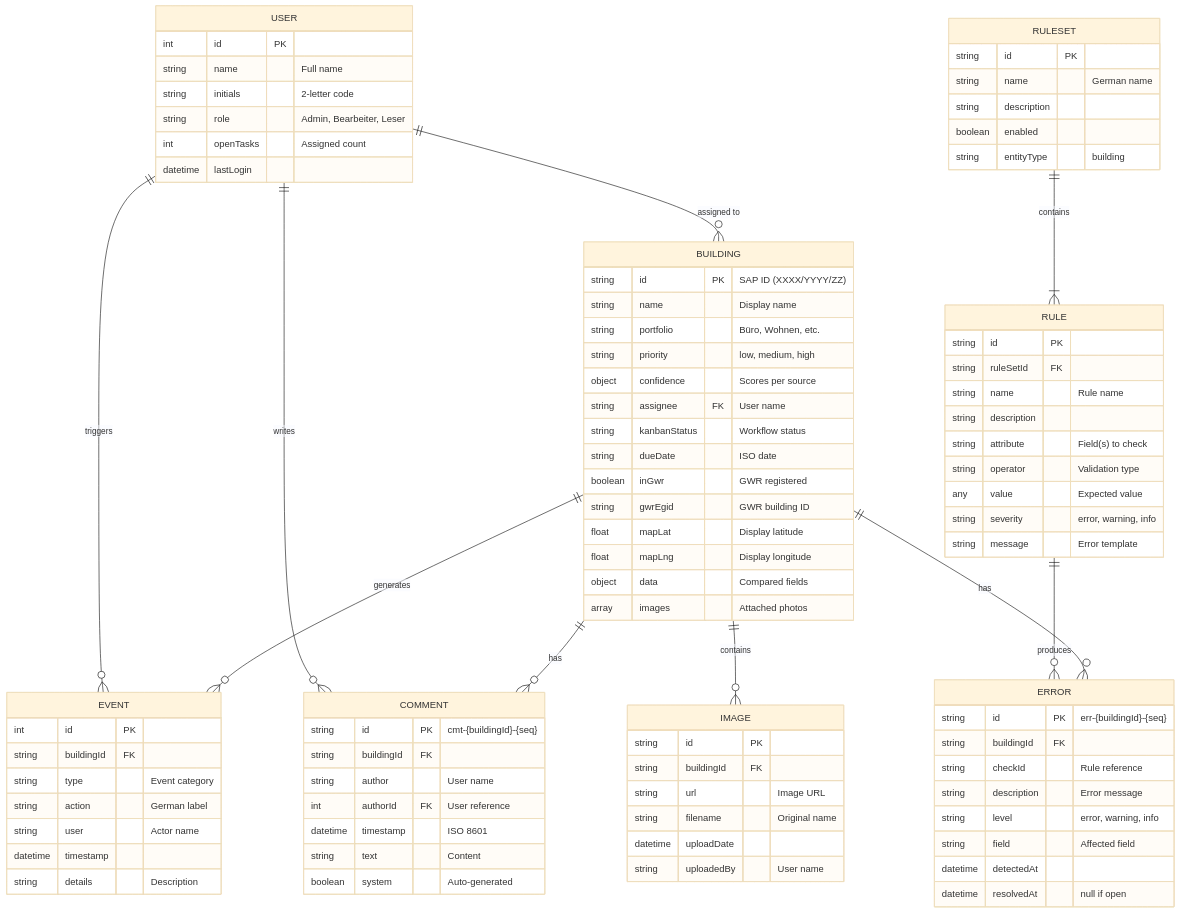
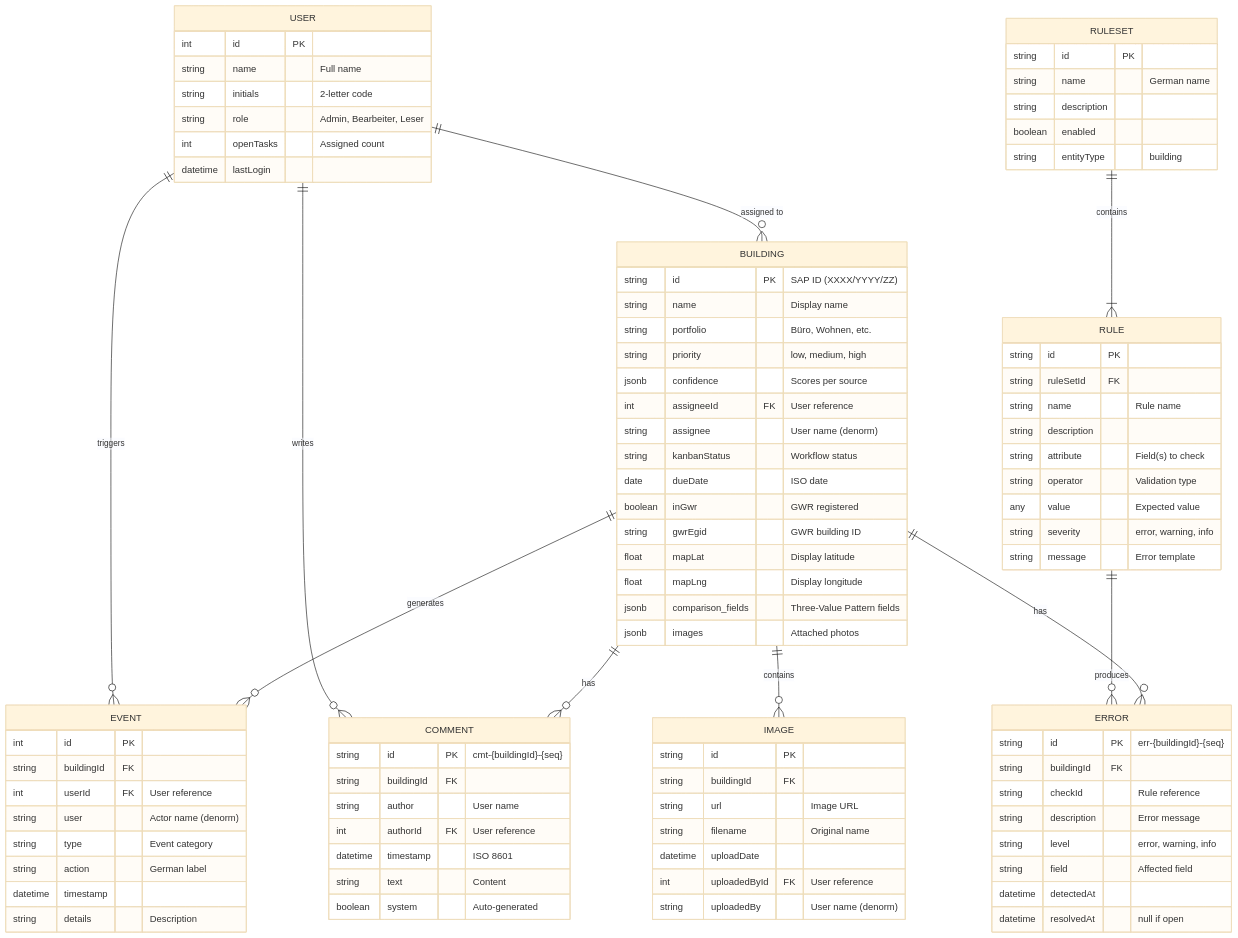
Before and after one commit to bbl-dres/geo-check: the second of 3 diagrams in docs/DATABASE.md, drawn with Mermaid (base theme). The commit also changed other lines of this file and 1 other file, not shown here.

Commit message:
Add DATABASE.sql for Supabase migration and QA fixes to DATABASE.md
DATABASE.md QA fixes (v2.3):
- Fix ER diagram: use JSONB types, add *Id FK fields, rename 'data' to 'comparison_fields'
- Fix Section 9.1: match logic now correctly references 'korrektur' not 'value'
- Add missing GWR fields to Complete Structure: gstat, gbauj, gastw, ganzwhg, garea
- Add userId to EVENT, uploadedById to IMAGE in ER diagram

DATABASE.sql for Supabase migration:
- PostgreSQL schema with JSONB for flexible Three-Value Pattern fields
- Custom ENUM types for status, priority, portfolio, roles
- Proper foreign keys with dual-field pattern (id + denormalized name)
- Row Level Security (RLS) policies for Supabase Auth
- Triggers: auto-update timestamps, sync user names, derive map coordinates
- Views: v_building_summary, v_user_workload
- Helper functions: generate_comment_id(), generate_error_id()
- Reference tables: ref_cantons, ref_gstat, ref_gbaup
- CHECK constraints for EGID format and Swiss coordinate bounds
- GIN index for JSONB comparison_data queries
- Migration notes for JSON-to-PostgreSQL data transformation

https://claude.ai/code/session_01RG6wWcLDNibC5FnyRW5MLr

```diff
--- a/docs/DATABASE.md
+++ b/docs/DATABASE.md
@@ -83,16 +83,17 @@
         string name "Display name"
         string portfolio "Büro, Wohnen, etc."
         string priority "low, medium, high"
-        object confidence "Scores per source"
-        string assignee FK "User name"
+        jsonb confidence "Scores per source"
+        int assigneeId FK "User reference"
+        string assignee "User name (denorm)"
         string kanbanStatus "Workflow status"
-        string dueDate "ISO date"
+        date dueDate "ISO date"
         boolean inGwr "GWR registered"
         string gwrEgid "GWR building ID"
         float mapLat "Display latitude"
         float mapLng "Display longitude"
-        object data "Compared fields"
-        array images "Attached photos"
+        jsonb comparison_fields "Three-Value Pattern fields"
+        jsonb images "Attached photos"
     }
 
     USER {
@@ -107,9 +108,10 @@
     EVENT {
         int id PK
         string buildingId FK
+        int userId FK "User reference"
+        string user "Actor name (denorm)"
         string type "Event category"
         string action "German label"
-        string user "Actor name"
         datetime timestamp
         string details "Description"
     }
@@ -141,7 +143,8 @@
         string url "Image URL"
         string filename "Original name"
         datetime uploadDate
-        string uploadedBy "User name"
+        int uploadedById FK "User reference"
+        string uploadedBy "User name (denorm)"
     }
 
     RULESET {
```
